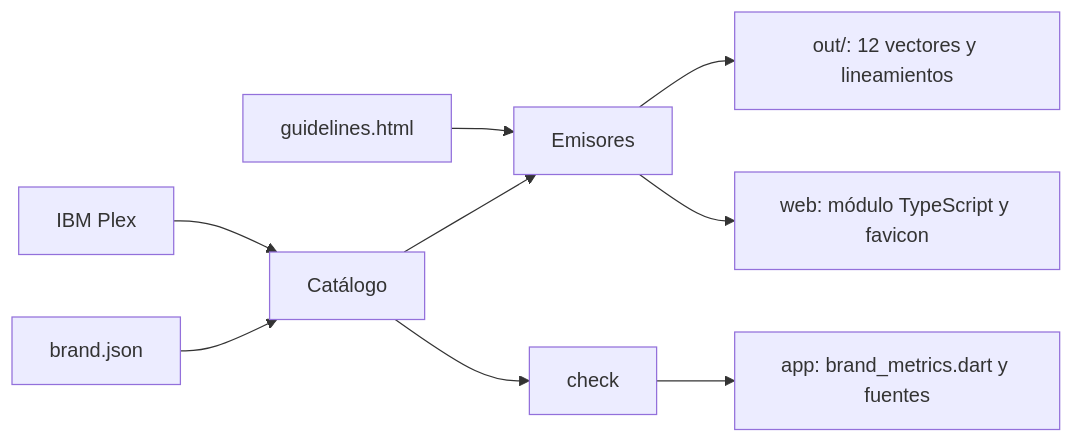
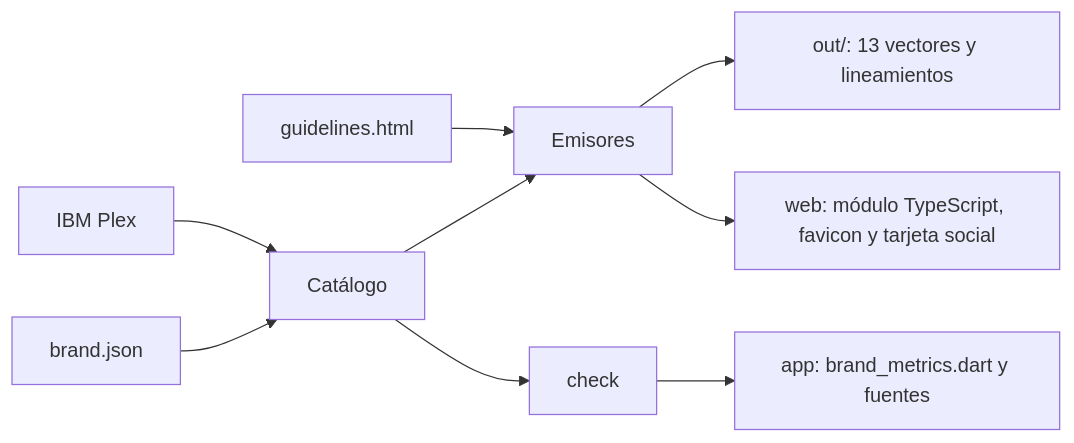
The third of 3 diagrams in packages/pseudolearn_brand/README.md (cgutieco/pseudolearn), drawn with Mermaid before and after one commit. The commit also changed other lines of this file and 14 other files, not shown here.

Commit message:
feat: add social card rendering and Open Graph image generation with related tests

````diff
--- a/packages/pseudolearn_brand/README.md
+++ b/packages/pseudolearn_brand/README.md
@@ -48,11 +50,11 @@
 ```mermaid
 flowchart LR
     json["brand.json"] --> catalog[Catálogo]
     fonts["IBM Plex"] --> catalog
     catalog --> emit[Emisores]
     template["guidelines.html"] --> emit
-    emit --> out["out/: 12 vectores y lineamientos"]
-    emit --> ts["web: módulo TypeScript y favicon"]
+    emit --> out["out/: 13 vectores y lineamientos"]
+    emit --> ts["web: módulo TypeScript, favicon y tarjeta social"]
     catalog --> check[check]
     check --> dart["app: brand_metrics.dart y fuentes"]
 ```
````
